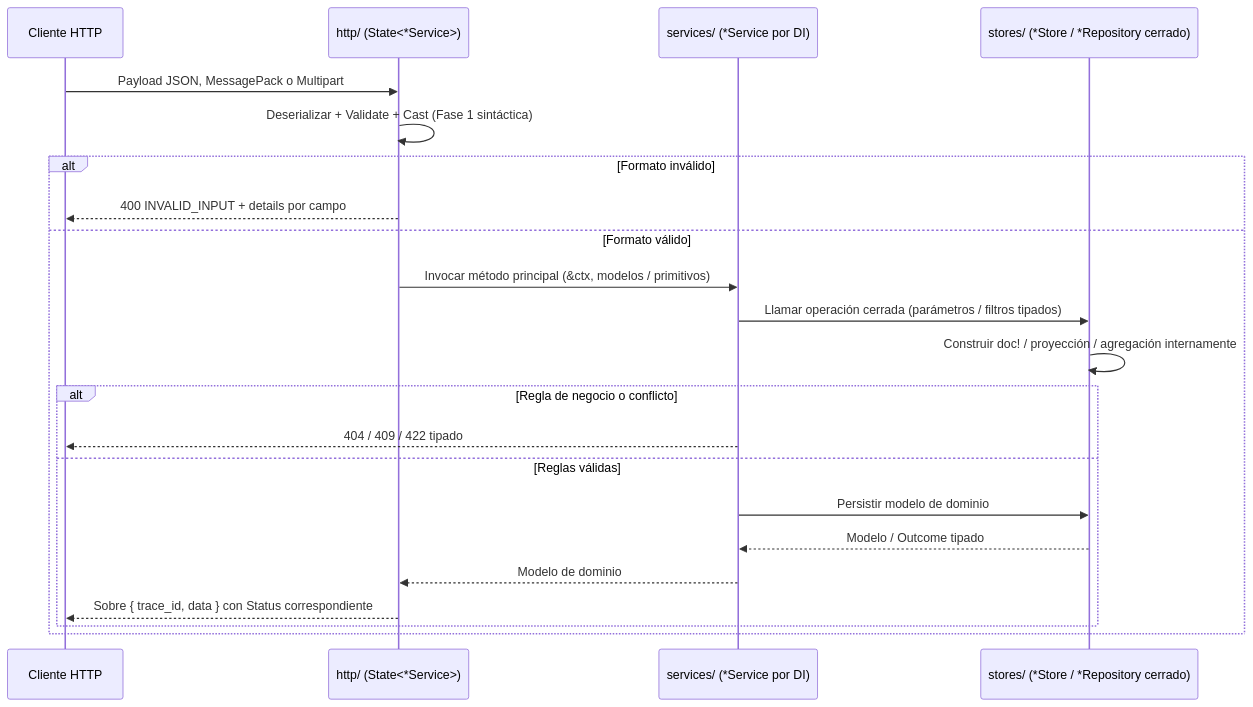
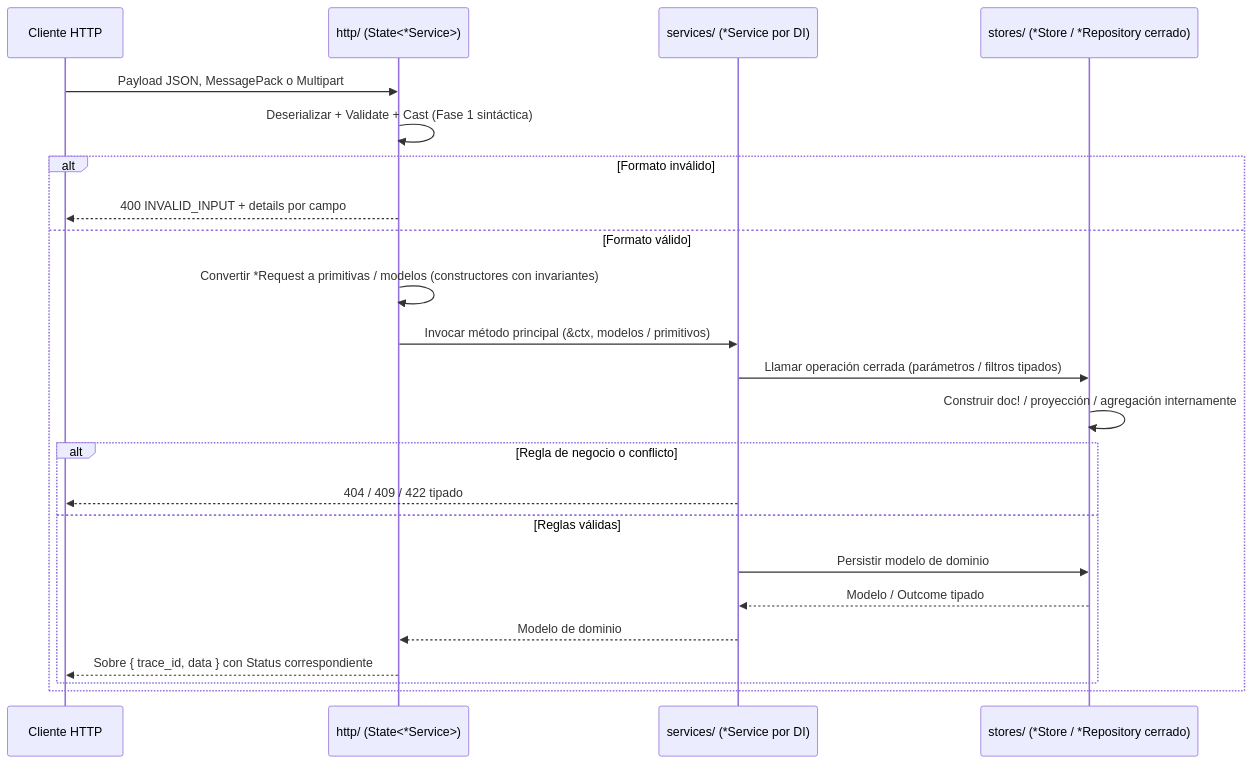
One commit to rafael-arreola/rust-srv-template changed the second of 2 diagrams in AGENTS.md. Above: the diagram before and after it, drawn with Mermaid. The commit also changed other lines of this file, not shown here.

````diff
--- a/AGENTS.md
+++ b/AGENTS.md
@@ -165,24 +176,25 @@
 ```mermaid
 sequenceDiagram
     participant C as Cliente HTTP
     participant H as http/ (State<*Service>)
     participant S as services/ (*Service por DI)
     participant D as stores/ (*Store / *Repository cerrado)
     C->>H: Payload JSON, MessagePack o Multipart
     H->>H: Deserializar + Validate + Cast (Fase 1 sintáctica)
     alt Formato inválido
         H-->>C: 400 INVALID_INPUT + details por campo
     else Formato válido
+        H->>H: Convertir *Request a primitivas / modelos (constructores con invariantes)
         H->>S: Invocar método principal (&ctx, modelos / primitivos)
         S->>D: Llamar operación cerrada (parámetros / filtros tipados)
         D->>D: Construir doc! / proyección / agregación internamente
         alt Regla de negocio o conflicto
             S-->>C: 404 / 409 / 422 tipado
         else Reglas válidas
             S->>D: Persistir modelo de dominio
             D-->>S: Modelo / Outcome tipado
             S-->>H: Modelo de dominio
             H-->>C: Sobre { trace_id, data } con Status correspondiente
         end
     end
 ```
````
